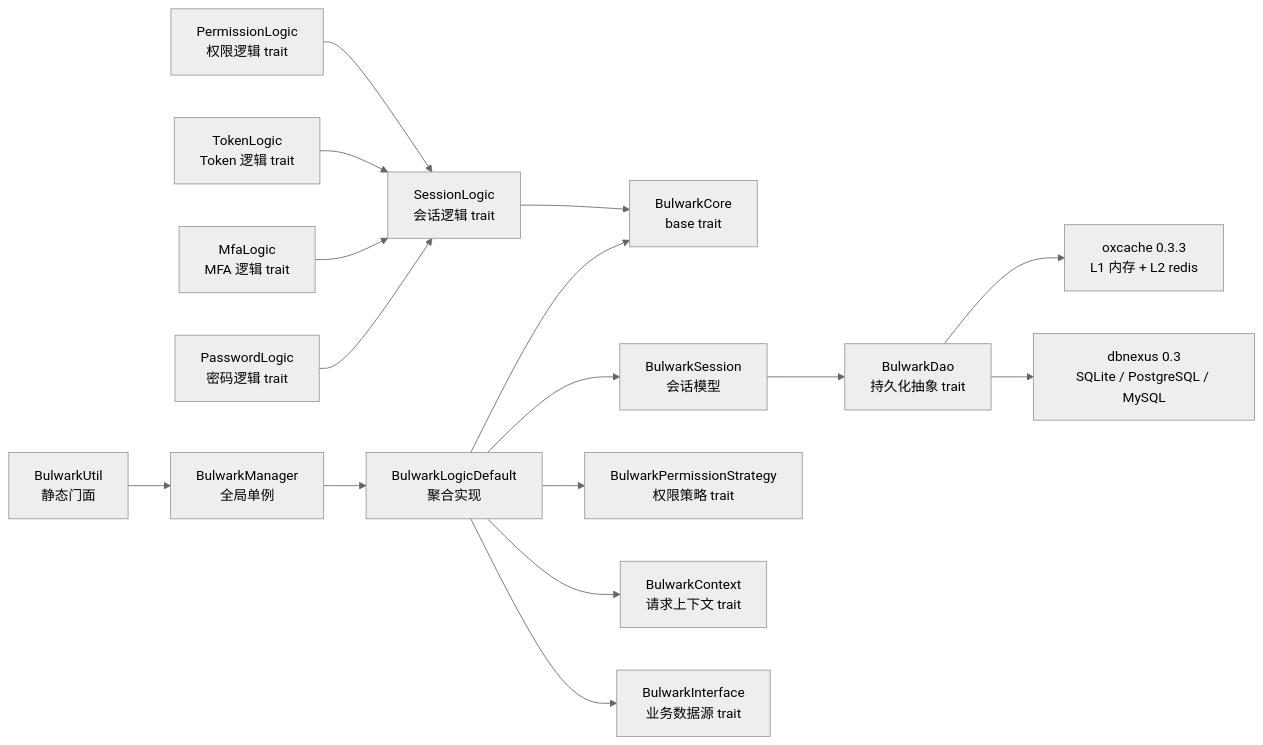
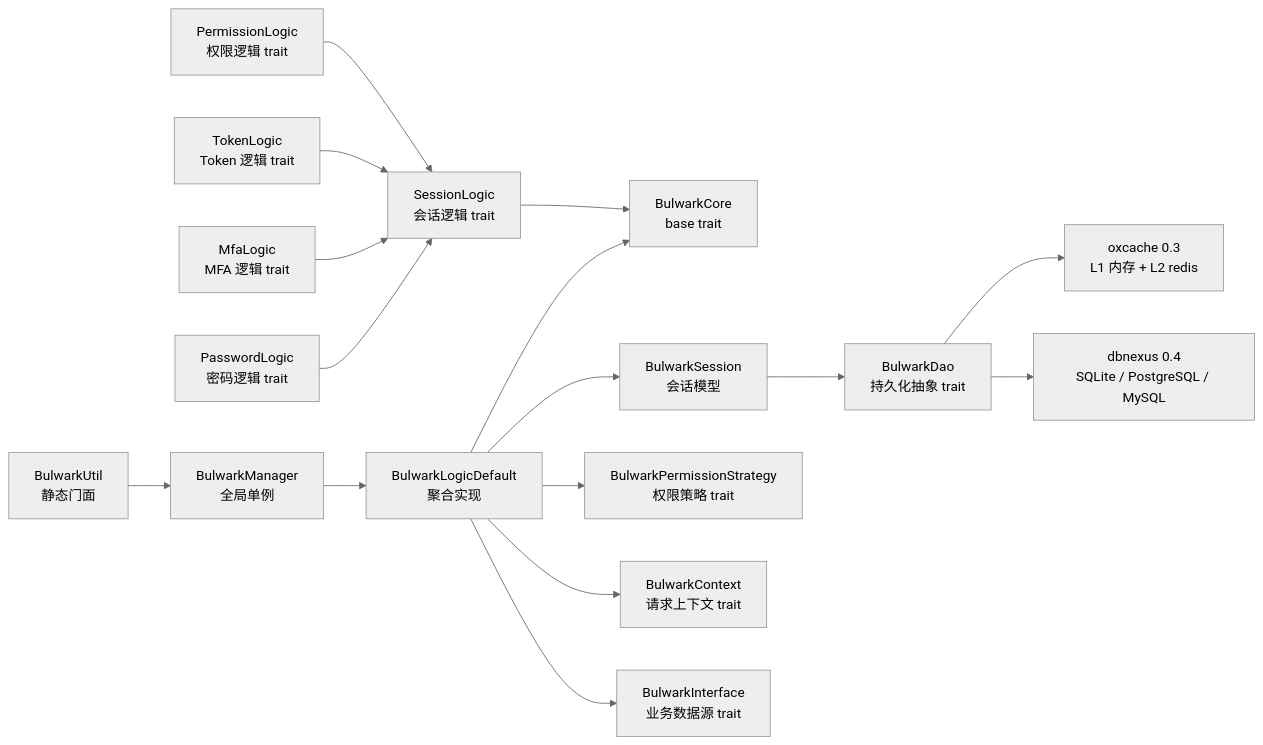
One commit to Kirky-X/garrison changed the second of 3 diagrams in docs/ARCHITECTURE.md. Above: the diagram before and after it, drawn with Mermaid (neutral theme). The commit also changed other lines of this file and 33 other files, not shown here.

````diff
--- a/docs/ARCHITECTURE.md
+++ b/docs/ARCHITECTURE.md
@@ -163,32 +163,32 @@
 ```mermaid
 graph LR
     BC[BulwarkCore<br/>base trait]
     SL[SessionLogic<br/>会话逻辑 trait]
     PL[PermissionLogic<br/>权限逻辑 trait]
     TL[TokenLogic<br/>Token 逻辑 trait]
     ML[MfaLogic<br/>MFA 逻辑 trait]
     PWL[PasswordLogic<br/>密码逻辑 trait]
     BI[BulwarkInterface<br/>业务数据源 trait]
     BD[BulwarkDao<br/>持久化抽象 trait]
     BS[BulwarkSession<br/>会话模型]
     BCtx[BulwarkContext<br/>请求上下文 trait]
     BFS[BulwarkPermissionStrategy<br/>权限策略 trait]
     BM[BulwarkManager<br/>全局单例]
     BU[BulwarkUtil<br/>静态门面]
 
     BU --> BM
     BM --> BLD[BulwarkLogicDefault<br/>聚合实现]
     BLD --> BC
     SL --> BC
     PL --> SL
     TL --> SL
     ML --> SL
     PWL --> SL
     BLD --> BS
     BLD --> BFS
     BLD --> BCtx
     BS --> BD
     BLD --> BI
-    BD --> oxcache[oxcache 0.3.3<br/>L1 内存 + L2 redis]
-    BD --> dbnexus[dbnexus 0.3<br/>SQLite / PostgreSQL / MySQL]
+    BD --> oxcache[oxcache 0.3<br/>L1 内存 + L2 redis]
+    BD --> dbnexus[dbnexus 0.4<br/>SQLite / PostgreSQL / MySQL]
 ```
````
